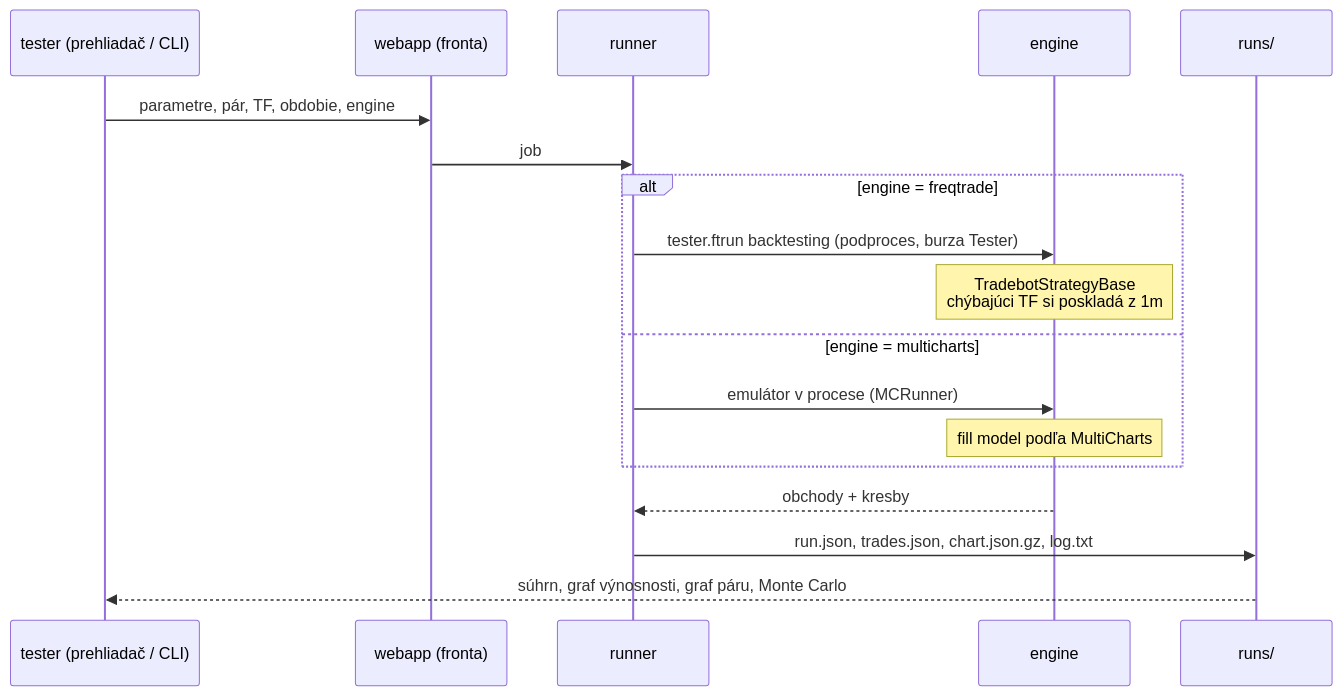
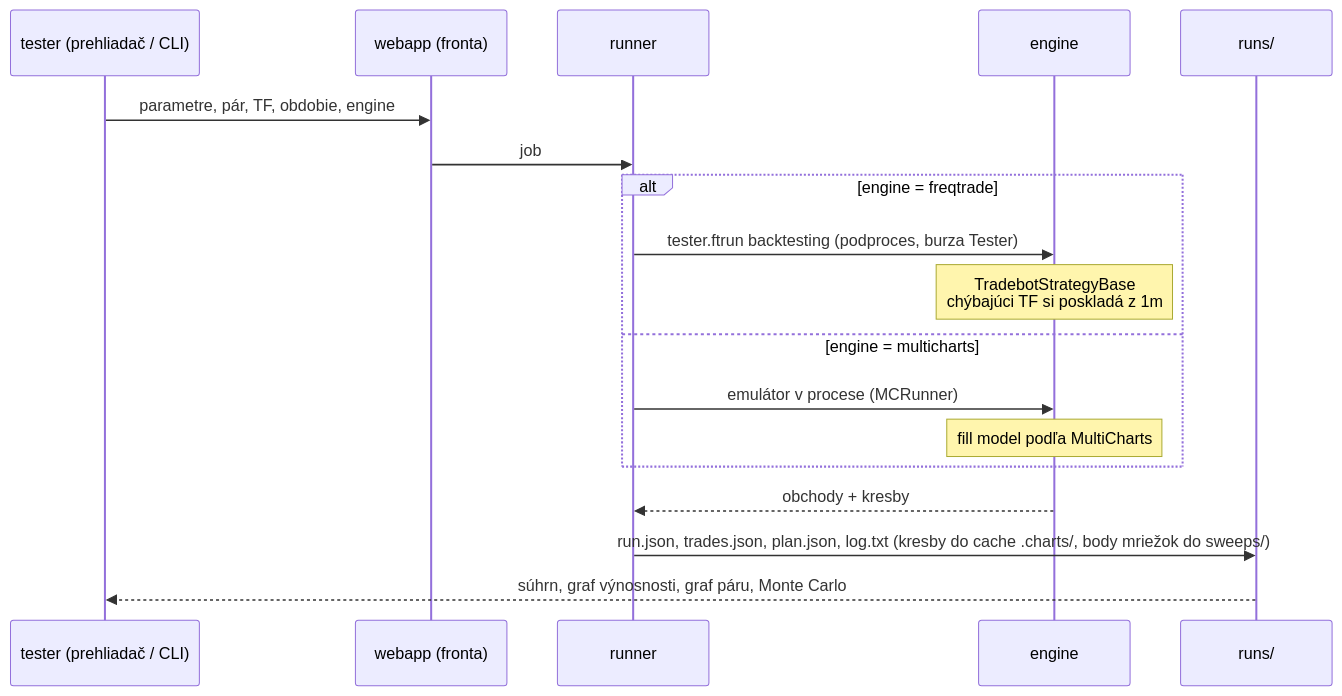
One commit to materko/imbalance_strategy changed the third of 3 diagrams in docs/ARCHITEKTURA.md. Above: the diagram before and after it, drawn with Mermaid. The commit also changed 97 other files, not shown here.

````diff
--- a/docs/ARCHITEKTURA.md
+++ b/docs/ARCHITEKTURA.md
@@ -81,21 +81,21 @@
 ```mermaid
 sequenceDiagram
     participant U as tester (prehliadač / CLI)
     participant W as webapp (fronta)
     participant R as runner
     participant E as engine
     participant S as runs/
 
     U->>W: parametre, pár, TF, obdobie, engine
     W->>R: job
     alt engine = freqtrade
         R->>E: tester.ftrun backtesting (podproces, burza Tester)
         Note over E: TradebotStrategyBase<br/>chýbajúci TF si poskladá z 1m
     else engine = multicharts
         R->>E: emulátor v procese (MCRunner)
         Note over E: fill model podľa MultiCharts
     end
     E-->>R: obchody + kresby
-    R->>S: run.json, trades.json, chart.json.gz, log.txt
+    R->>S: run.json, trades.json, plan.json, log.txt (kresby do cache .charts/, body mriežok do sweeps/)
     S-->>U: súhrn, graf výnosnosti, graf páru, Monte Carlo
 ```
````
